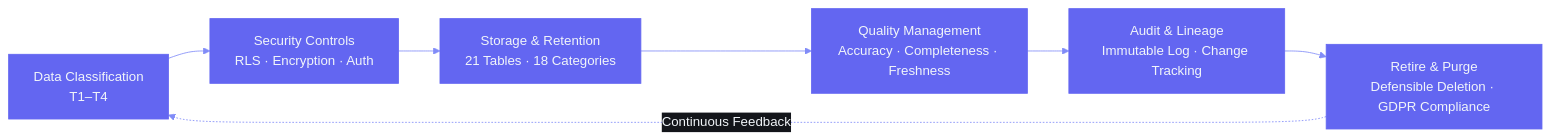
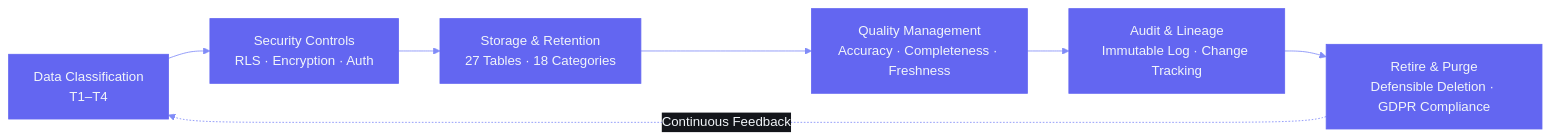
The diagram in docs/engineering/16_DataGovernance.md (rohitkumarnaidu/ARIA-OS---SecondBrain-), drawn with Mermaid before and after one commit. The commit also changed other lines of this file and 9 other files, not shown here.

````diff
--- a/docs/engineering/16_DataGovernance.md
+++ b/docs/engineering/16_DataGovernance.md
@@ -19,29 +19,29 @@
 ```mermaid
 %%{
   init: {
     'theme': 'base',
     'themeVariables': {
       'primaryColor': '#6366F1',
       'primaryTextColor': '#F1F5F9',
       'primaryBorderColor': '#6366F1',
       'lineColor': '#818CF8',
       'secondaryColor': '#13151A',
       'tertiaryColor': '#0A0B0F',
       'clusterBkg': '#0A0B0F',
       'clusterBorder': '#334155',
       'nodeBorder': '#6366F1',
       'nodeTextColor': '#F1F5F9',
       'edgeLabelBackground': '#13151A',
       'fontFamily': 'DM Sans',
       'titleColor': '#F1F5F9'
     }
   }
 }%%
 flowchart LR
     Classify["Data Classification<br/>T1–T4"] --> Secure["Security Controls<br/>RLS · Encryption · Auth"]
-    Secure --> Store["Storage & Retention<br/>21 Tables · 18 Categories"]
+    Secure -->     Store["Storage & Retention<br/>27 Tables · 18 Categories"]
     Store --> Quality["Quality Management<br/>Accuracy · Completeness · Freshness"]
     Quality --> Audit["Audit & Lineage<br/>Immutable Log · Change Tracking"]
     Audit --> Retire["Retire & Purge<br/>Defensible Deletion · GDPR Compliance"]
     Retire -.->|Continuous Feedback| Classify
 ```
````
